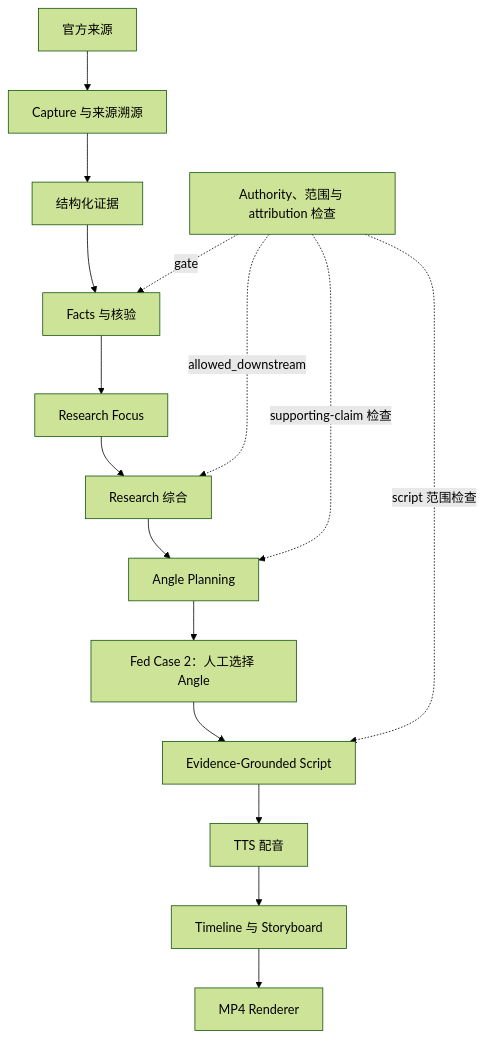
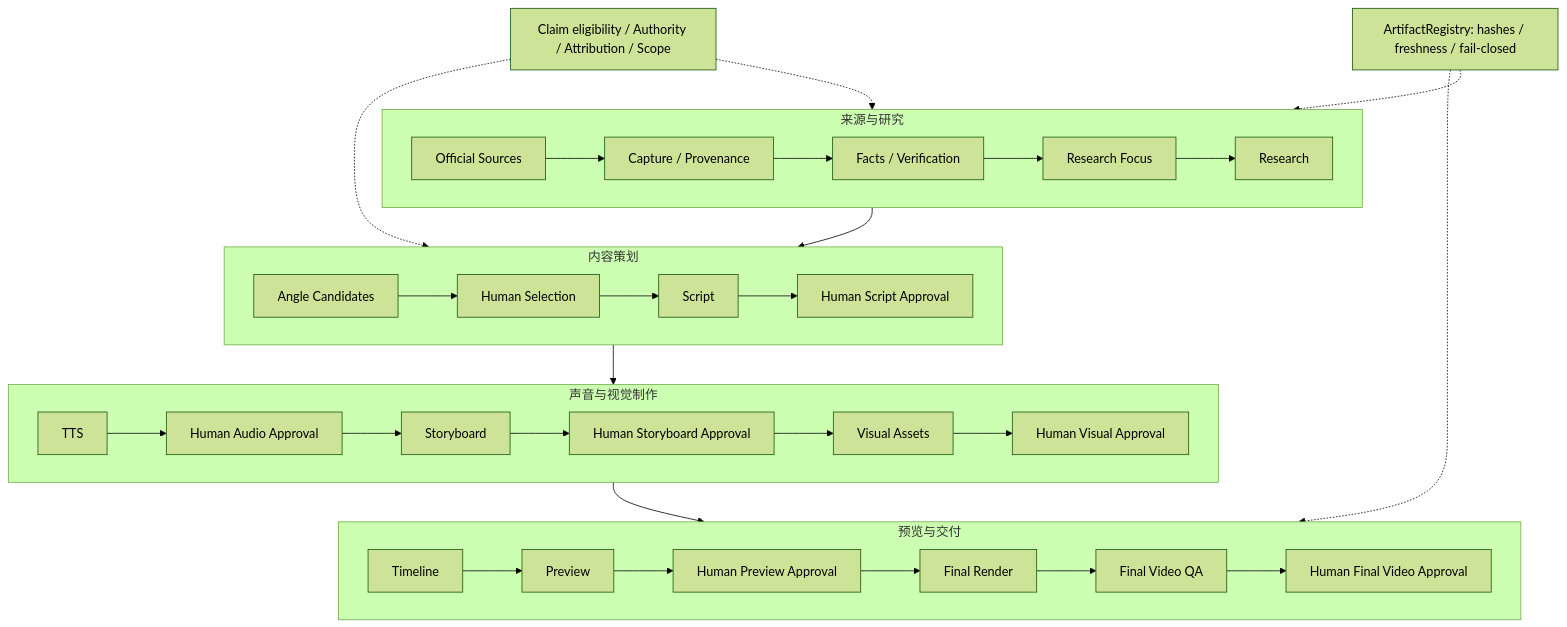
Before and after one commit to motty63-ctrl/fenglei-economy-content-engine: the diagram in README.md, drawn with Mermaid (forest theme). The commit also changed other lines of this file and 4 other files, not shown here.

````diff
--- a/README.md
+++ b/README.md
@@ -26,19 +28,33 @@
 ```mermaid
-flowchart TD
-    A[官方来源] --> B[Capture 与来源溯源]
-    B --> C[结构化证据]
-    C --> D[Facts 与核验]
-    D --> E[Research Focus]
-    E --> F[Research 综合]
-    F --> G[Angle Planning]
-    G --> H[Fed Case 2：人工选择 Angle]
-    H --> I[Evidence-Grounded Script]
-    I --> J[TTS 配音]
-    J --> K[Timeline 与 Storyboard]
-    K --> L[MP4 Renderer]
-
-    X[Authority、范围与 attribution 检查] -. gate .-> D
-    X -. allowed_downstream .-> F
-    X -. supporting-claim 检查 .-> G
-    X -. script 范围检查 .-> I
+flowchart TB
+    subgraph E[来源与研究]
+        direction LR
+        A[Official Sources] --> B[Capture / Provenance]
+        B --> C[Facts / Verification]
+        C --> D[Research Focus] --> F[Research]
+    end
+    subgraph P[内容策划]
+        direction LR
+        G[Angle Candidates] --> H[Human Selection]
+        H --> I[Script] --> J[Human Script Approval]
+    end
+    subgraph M[声音与视觉制作]
+        direction LR
+        K[TTS] --> L[Human Audio Approval]
+        L --> N[Storyboard] --> O[Human Storyboard Approval]
+        O --> Q[Visual Assets] --> R[Human Visual Approval]
+    end
+    subgraph V[预览与交付]
+        direction LR
+        S[Timeline] --> T[Preview] --> U[Human Preview Approval]
+        U --> W[Final Render] --> X[Final Video QA]
+        X --> Y[Human Final Video Approval]
+    end
+    F --> G
+    J --> K
+    R --> S
+    Z[Claim eligibility / Authority / Attribution / Scope] -.-> C
+    Z -.-> I
+    AA[ArtifactRegistry: hashes / freshness / fail-closed] -.-> E
+    AA -.-> V
 ```
````
